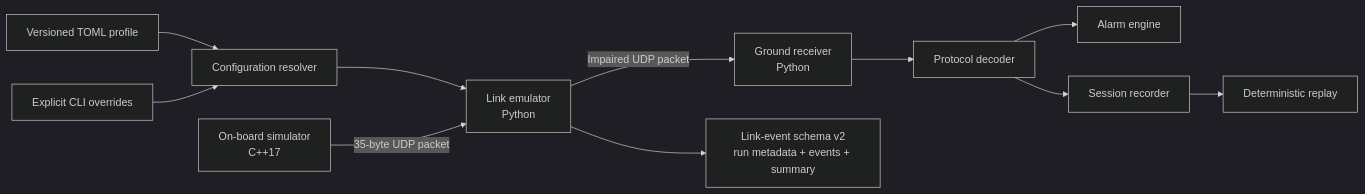
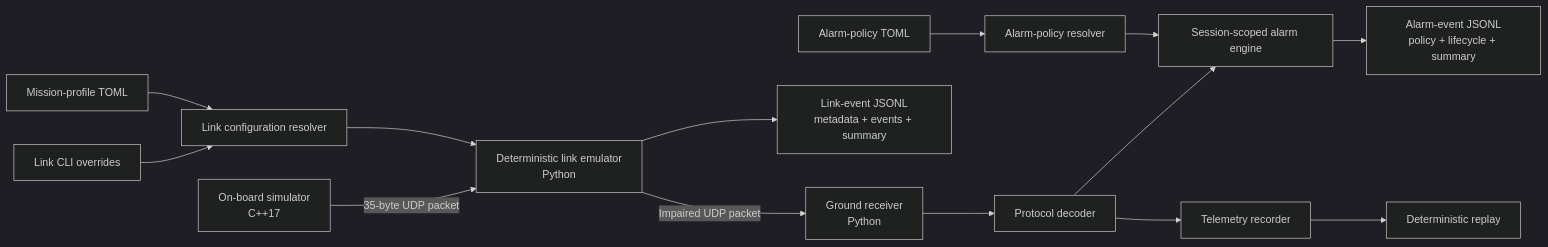
Before and after one commit to DavCalo/OrbitOps: the diagram in docs/architecture.md, drawn with Mermaid (dark theme). The commit also changed other lines of this file and 13 other files, not shown here.

````diff
--- a/docs/architecture.md
+++ b/docs/architecture.md
@@ -5,17 +7,21 @@
 ```mermaid
 flowchart LR
-    PROF[Versioned TOML profile] --> RES[Configuration resolver]
-    CLI[Explicit CLI overrides] --> RES
-    RES --> LINK[Link emulator
+    PROF[Mission-profile TOML] --> LRES[Link configuration resolver]
+    LCLI[Link CLI overrides] --> LRES
+    LRES --> LINK[Deterministic link emulator
 Python]
     SIM[On-board simulator
 C++17] -->|35-byte UDP packet| LINK
     LINK -->|Impaired UDP packet| RX[Ground receiver
 Python]
-    LINK --> EVT[Link-event schema v2
-run metadata + events + summary]
+    LINK --> LEVT[Link-event JSONL
+metadata + events + summary]
+    POL[Alarm-policy TOML] --> PRES[Alarm-policy resolver]
+    PRES --> ALM[Session-scoped alarm engine]
     RX --> DEC[Protocol decoder]
-    DEC --> ALM[Alarm engine]
-    DEC --> REC[Session recorder]
+    DEC --> ALM
+    ALM --> AEVT[Alarm-event JSONL
+policy + lifecycle + summary]
+    DEC --> REC[Telemetry recorder]
     REC --> REP[Deterministic replay]
 ```
````
